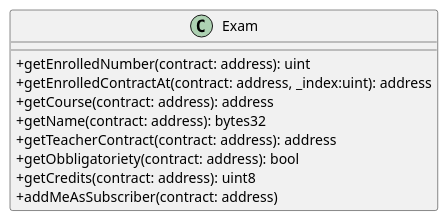
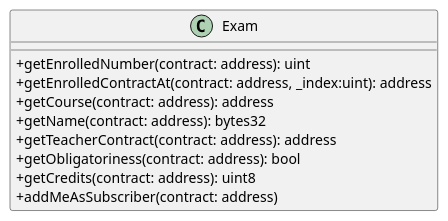
One commit to M9k/Marvin-Uml changed the diagram in web3function/file/Exam.iuml. Above: the diagram before and after it, drawn with PlantUML.

Commit message:
Corretto errore grammaticale

```diff
--- a/web3function/file/Exam.iuml
+++ b/web3function/file/Exam.iuml
@@ -1,13 +1,13 @@
 @startuml
 skinparam classAttributeIconSize 0
 class Exam{
 + getEnrolledNumber(contract: address): uint
 + getEnrolledContractAt(contract: address, _index:uint): address
 + getCourse(contract: address): address
 + getName(contract: address): bytes32
 + getTeacherContract(contract: address): address
-+ getObbligatoriety(contract: address): bool
++ getObligatoriness(contract: address): bool
 + getCredits(contract: address): uint8
 + addMeAsSubscriber(contract: address)
 }
 @enduml
```
